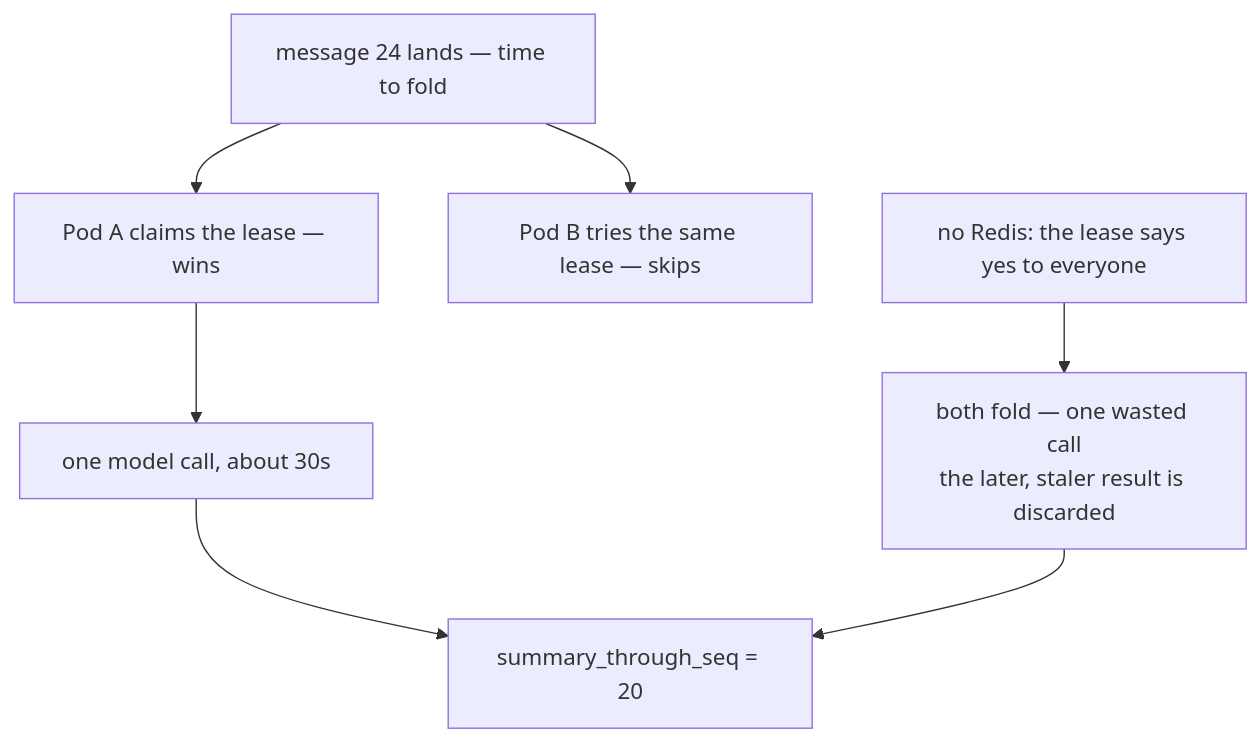
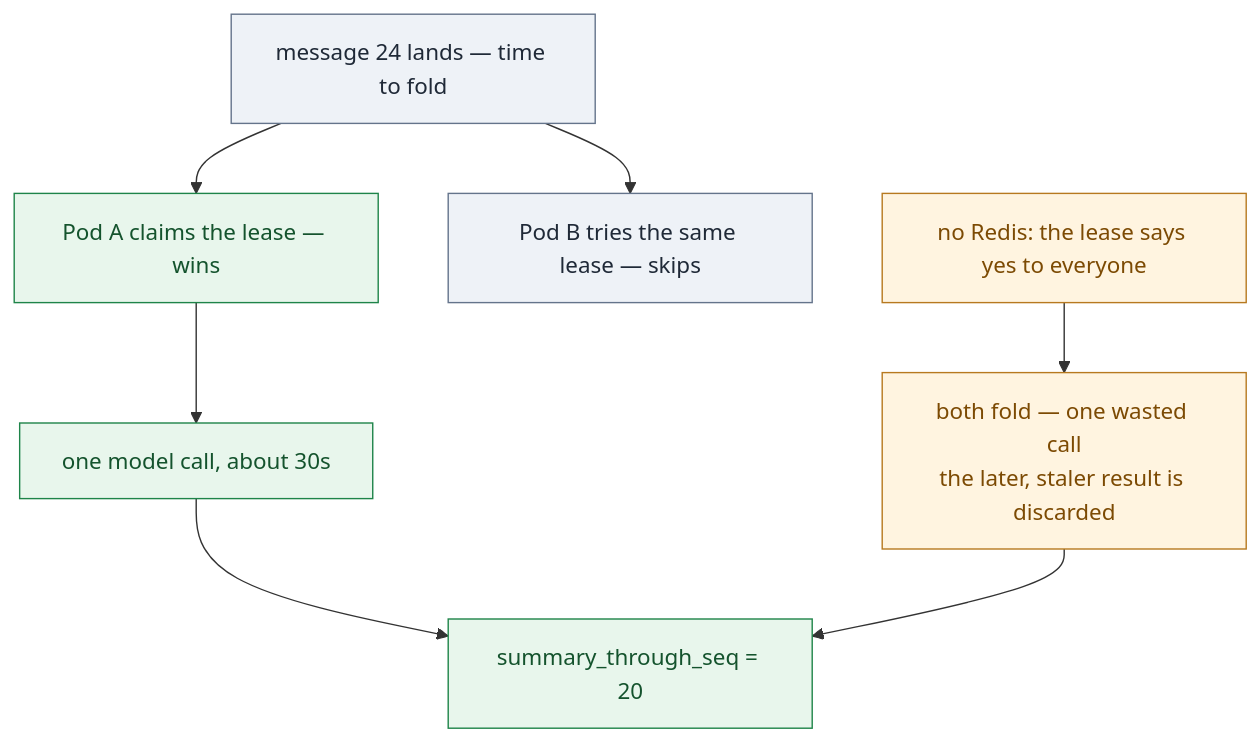
One commit to selvakumarperumal/Corporate_Filing_Analyzer_Agent changed diagram 11 of 15 in docs/TESTING-SCALING.md. Above: the diagram before and after it, drawn with Mermaid. The commit also changed other lines of this file, not shown here.

Commit message:
docs: style mermaid diagrams and add 'When it happens' context callouts across scaling test rows

````diff
--- a/docs/TESTING-SCALING.md
+++ b/docs/TESTING-SCALING.md
@@ -992,9 +1129,18 @@
 ```mermaid
 flowchart TB
   T["message 24 lands — time to fold"] --> A["Pod A claims the lease — wins"]
   T --> B["Pod B tries the same lease — skips"]
   A --> M["one model call, about 30s"]
   M --> W["summary_through_seq = 20"]
   NR["no Redis: the lease says yes to everyone"] --> D["both fold — one wasted call<br/>the later, staler result is discarded"]
   D --> W
+  classDef step fill:#eef2f7,stroke:#64748b,color:#1f2937
+  classDef bad fill:#fdecea,stroke:#c0392b,color:#7b1c14
+  classDef good fill:#e8f6ec,stroke:#1e8449,color:#14532d
+  classDef warn fill:#fff4e0,stroke:#b7791f,color:#7c4a03
+  classDef fix fill:#eef2ff,stroke:#4f46e5,color:#312e81
+  class T step
+  class A,M,W good
+  class B step
+  class NR,D warn
 ```
````
